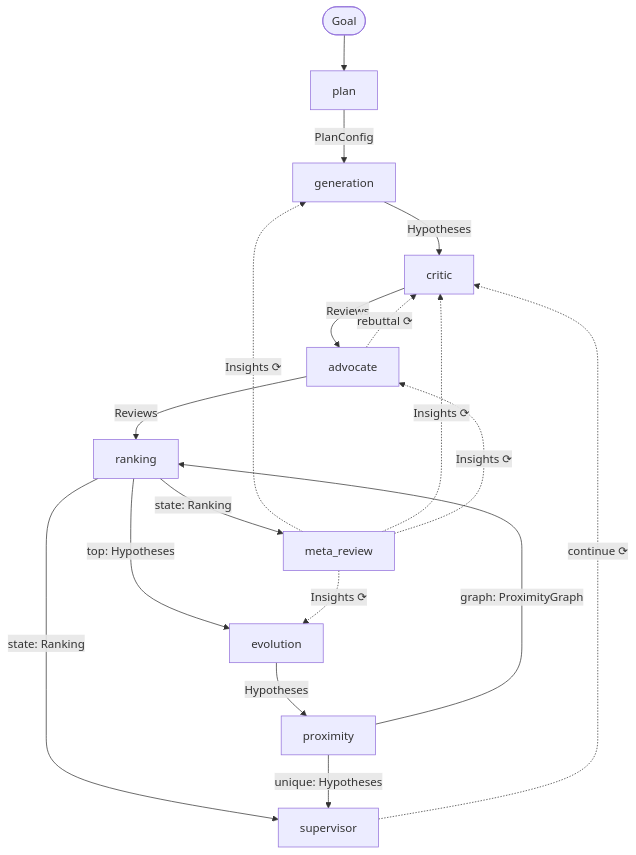
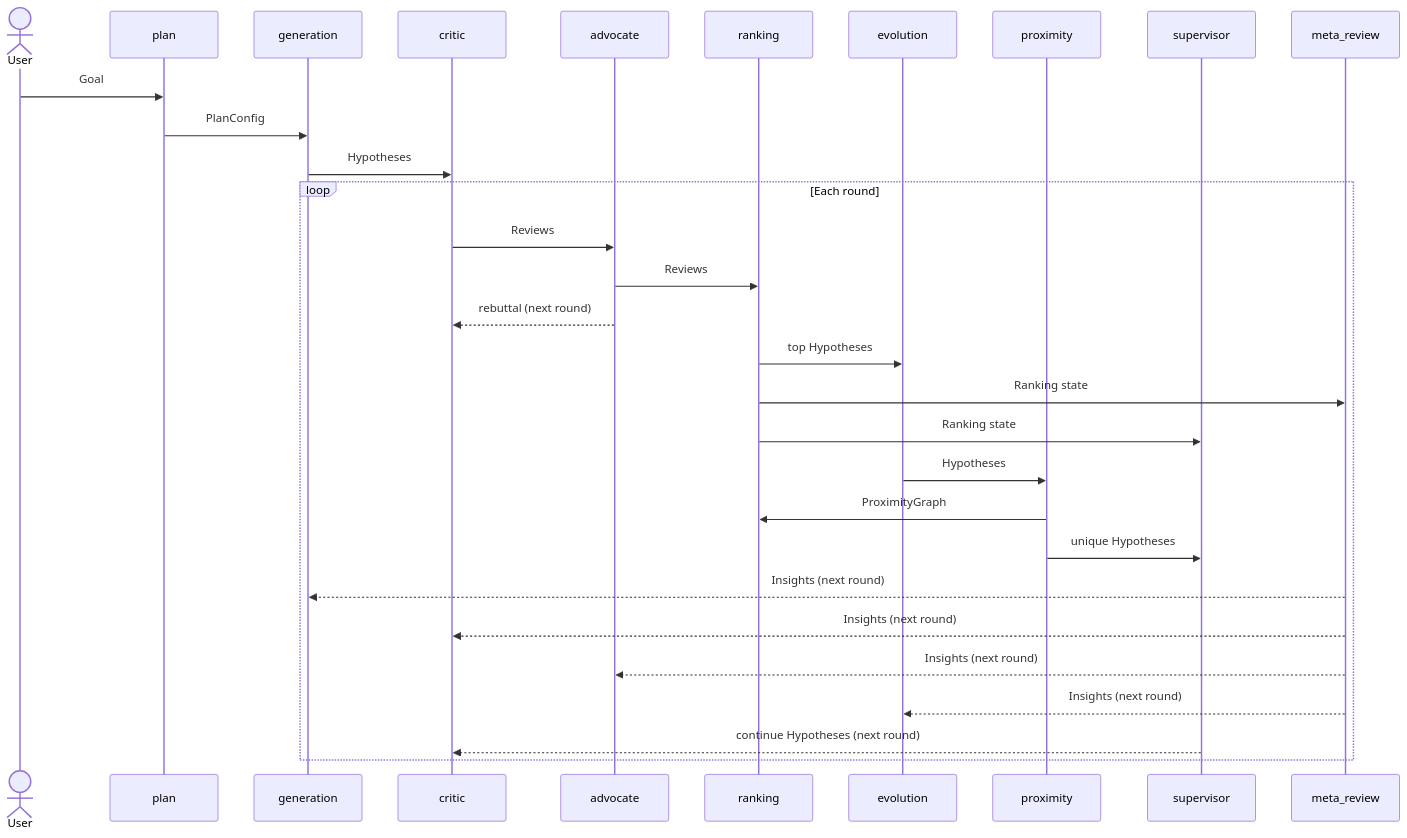
The diagram in example/README.md (0xClandestine/eureka), drawn with Mermaid before and after one commit. The commit also changed other lines of this file, not shown here.

Commit message:
docs: replace broken flowchart with Mermaid sequence diagram

````diff
--- a/example/README.md
+++ b/example/README.md
@@ -22,23 +22,38 @@
 ```mermaid
-flowchart TD
-    Goal([Goal]) --> plan
+sequenceDiagram
+    actor User
+    participant plan
+    participant generation
+    participant critic
+    participant advocate
+    participant ranking
+    participant evolution
+    participant proximity
+    participant supervisor
+    participant meta_review
 
-    plan -->|PlanConfig| generation
-    generation -->|Hypotheses| critic
-    critic -->|Reviews| advocate
-    advocate -->|Reviews| ranking
+    User->>plan: Goal
+    plan->>generation: PlanConfig
+    generation->>critic: Hypotheses
 
-    ranking -->|top: Hypotheses| evolution
-    ranking -->|state: Ranking| meta_review
-    ranking -->|state: Ranking| supervisor
-    evolution -->|Hypotheses| proximity
-    proximity -->|unique: Hypotheses| supervisor
-    proximity -->|graph: ProximityGraph| ranking
+    loop Each round
+        critic->>advocate: Reviews
+        advocate->>ranking: Reviews
+        advocate-->>critic: rebuttal (next round)
 
-    advocate -.->|rebuttal ⟳| critic
-    supervisor -.->|continue ⟳| critic
-    meta_review -.->|Insights ⟳| generation
-    meta_review -.->|Insights ⟳| critic
-    meta_review -.->|Insights ⟳| advocate
-    meta_review -.->|Insights ⟳| evolution
+        ranking->>evolution: top Hypotheses
+        ranking->>meta_review: Ranking state
+        ranking->>supervisor: Ranking state
+
+        evolution->>proximity: Hypotheses
+        proximity->>ranking: ProximityGraph
+        proximity->>supervisor: unique Hypotheses
+
+        meta_review-->>generation: Insights (next round)
+        meta_review-->>critic: Insights (next round)
+        meta_review-->>advocate: Insights (next round)
+        meta_review-->>evolution: Insights (next round)
+
+        supervisor-->>critic: continue Hypotheses (next round)
+    end
 ```
````
